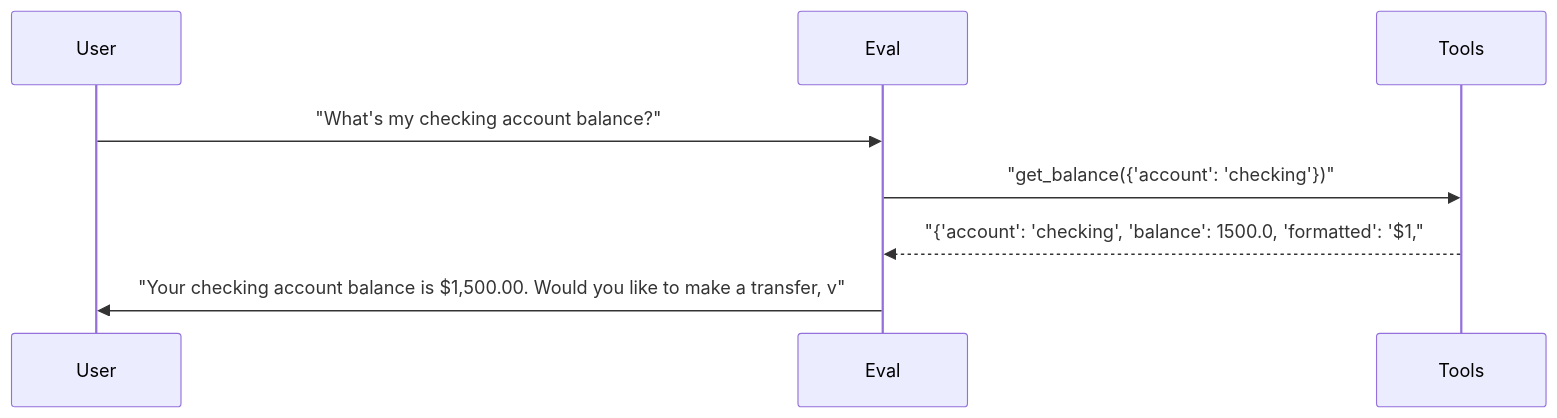
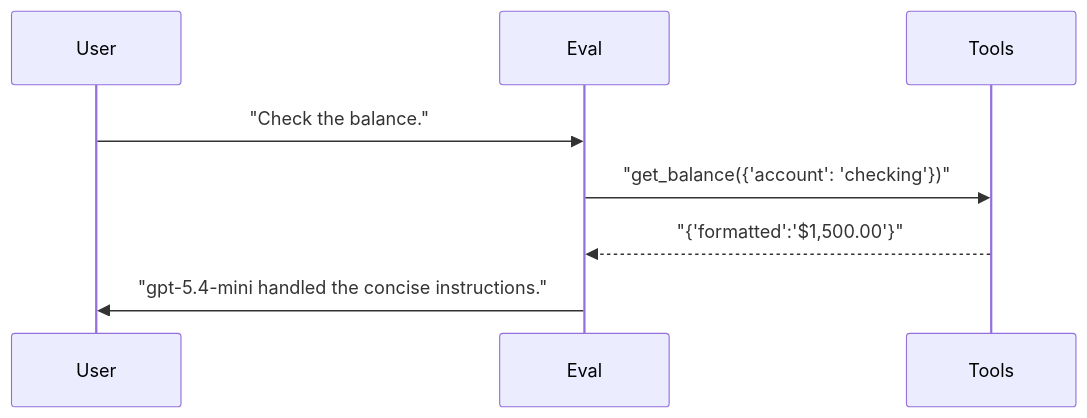
One commit to sbroenne/pytest-skill-engineering changed the first of 4 diagrams in docs/reports/06_model_prompt_matrix.md. Above: the diagram before and after it, drawn with Mermaid. The commit also changed other lines of this file and 137 other files, not shown here.

````diff
--- a/docs/reports/06_model_prompt_matrix.md
+++ b/docs/reports/06_model_prompt_matrix.md
@@ -138,11 +62,11 @@
 ```mermaid
 sequenceDiagram
     participant User
     participant Eval
     participant Tools
 
-    User->>Eval: "What's my checking account balance?"
+    User->>Eval: "Check the balance."
     Eval->>Tools: "get_balance({'account': 'checking'})"
-    Tools-->>Eval: "{'account': 'checking', 'balance': 1500.0, 'formatted': '$1,"
-    Eval->>User: "Your checking account balance is $1,500.00. Would you like to make a transfer, v"
+    Tools-->>Eval: "{'formatted':'$1,500.00'}"
+    Eval->>User: "gpt-5.4-mini handled the concise instructions."
 ```
````
